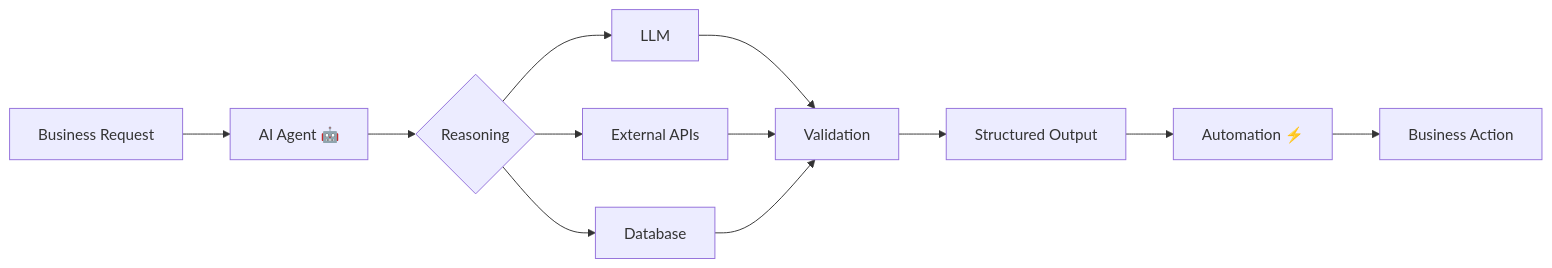
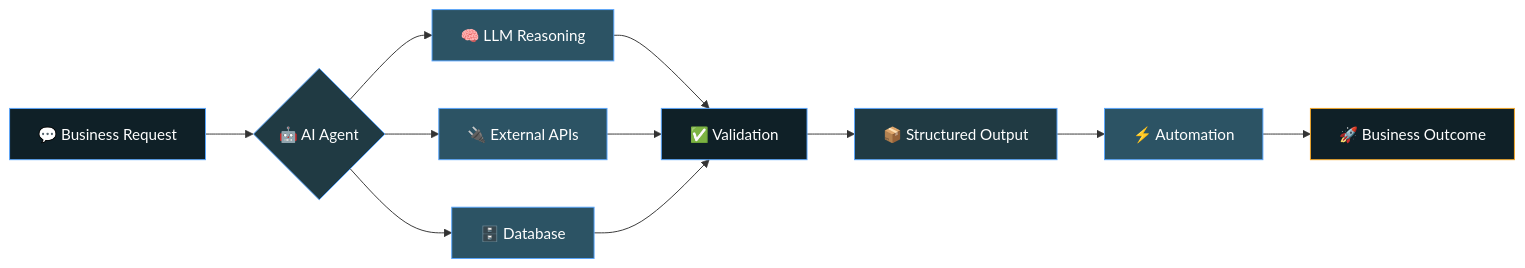
One commit to KhaledEldfry/KhaledEldfry changed the diagram in README.md. Above: the diagram before and after it, drawn with Mermaid. The commit also changed other lines of this file, not shown here.

````diff
--- a/README.md
+++ b/README.md
@@ -62,14 +40,23 @@
 ```mermaid
 flowchart LR
-    A[Business Request] --> B[AI Agent 🤖]
-    B --> C{Reasoning}
-    C --> D[LLM]
-    C --> E[External APIs]
-    C --> F[Database]
-    D --> G[Validation]
-    E --> G
-    F --> G
-    G --> H[Structured Output]
-    H --> I[Automation ⚡]
-    I --> J[Business Action]
+    A["💬 Business Request"] --> B{"🤖 AI Agent"}
+    B --> C["🧠 LLM Reasoning"]
+    B --> D["🔌 External APIs"]
+    B --> E["🗄️ Database"]
+    C --> F["✅ Validation"]
+    D --> F
+    E --> F
+    F --> G["📦 Structured Output"]
+    G --> H["⚡ Automation"]
+    H --> I["🚀 Business Outcome"]
+
+    style A fill:#0F2027,stroke:#58A6FF,color:#fff
+    style B fill:#203A43,stroke:#58A6FF,color:#fff
+    style C fill:#2C5364,stroke:#58A6FF,color:#fff
+    style D fill:#2C5364,stroke:#58A6FF,color:#fff
+    style E fill:#2C5364,stroke:#58A6FF,color:#fff
+    style F fill:#0F2027,stroke:#58A6FF,color:#fff
+    style G fill:#203A43,stroke:#58A6FF,color:#fff
+    style H fill:#2C5364,stroke:#58A6FF,color:#fff
+    style I fill:#0F2027,stroke:#F5A623,color:#fff
 ```
````
